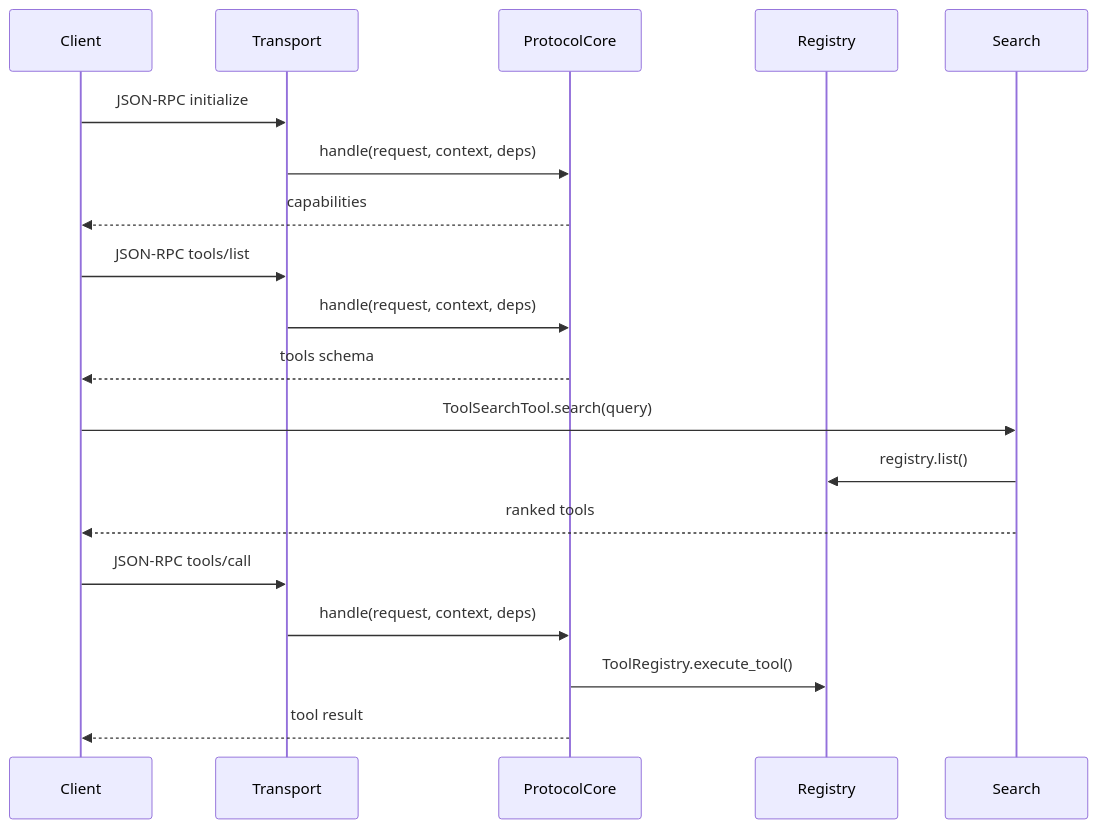
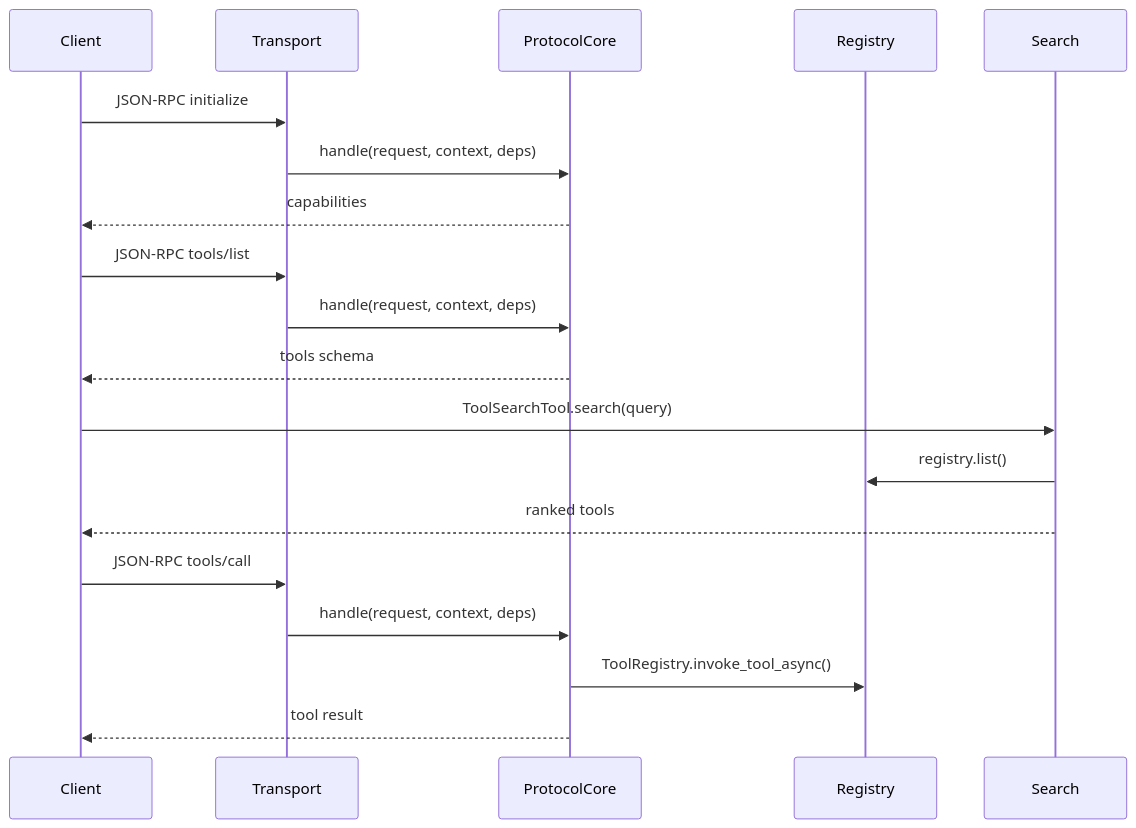
The second of 2 diagrams in docs/architecture-walkthrough.md (AllanYiin/ToolAnything), drawn with Mermaid before and after one commit. The commit also changed other lines of this file and 7 other files, not shown here.

````diff
--- a/docs/architecture-walkthrough.md
+++ b/docs/architecture-walkthrough.md
@@ -116,25 +163,25 @@
 ```mermaid
 sequenceDiagram
     participant Client
     participant Transport
     participant ProtocolCore
     participant Registry
     participant Search
 
     Client->>Transport: JSON-RPC initialize
     Transport->>ProtocolCore: handle(request, context, deps)
     ProtocolCore-->>Client: capabilities
 
     Client->>Transport: JSON-RPC tools/list
     Transport->>ProtocolCore: handle(request, context, deps)
     ProtocolCore-->>Client: tools schema
 
     Client->>Search: ToolSearchTool.search(query)
     Search->>Registry: registry.list()
     Search-->>Client: ranked tools
 
     Client->>Transport: JSON-RPC tools/call
     Transport->>ProtocolCore: handle(request, context, deps)
-    ProtocolCore->>Registry: ToolRegistry.execute_tool()
+    ProtocolCore->>Registry: ToolRegistry.invoke_tool_async()
     ProtocolCore-->>Client: tool result
 ```
````
